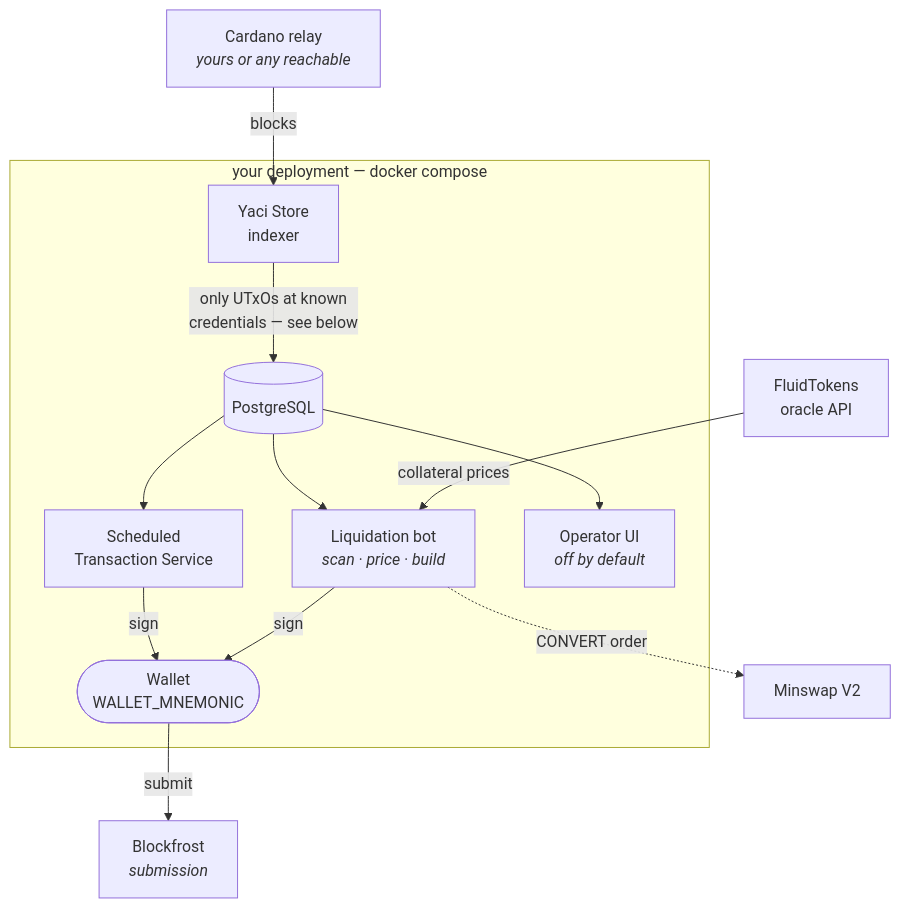
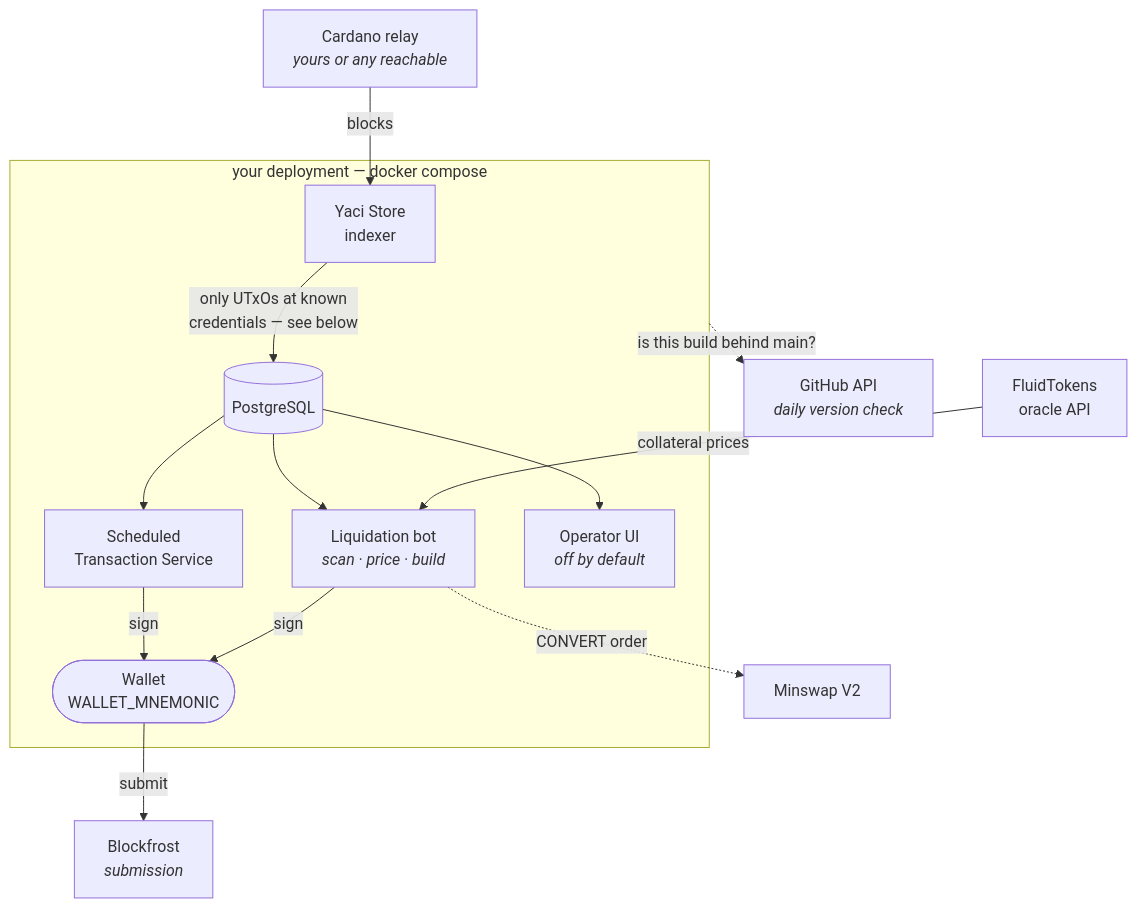
Before and after one commit to FluidTokens/ft-aquarium-node: the diagram in README.md, drawn with Mermaid. The commit also changed other lines of this file and 6 other files, not shown here.

First line of the commit message:
GH-55: the node logs, at startup and once a day, whether its build is behind main

````diff
--- a/README.md
+++ b/README.md
@@ -77,24 +79,26 @@
 ```mermaid
 flowchart TB
     relay["Cardano relay<br/><i>yours or any reachable</i>"]
     oracle["FluidTokens<br/>oracle API"]
     bf["Blockfrost<br/><i>submission</i>"]
     minswap["Minswap V2"]
+    gh["GitHub API<br/><i>daily version check</i>"]
 
     subgraph aq["your deployment — docker compose"]
         yaci["Yaci Store<br/>indexer"]
         db[("PostgreSQL")]
         sched["Scheduled<br/>Transaction Service"]
         liq["Liquidation bot<br/><i>scan · price · build</i>"]
         ui["Operator UI<br/><i>off by default</i>"]
         wallet(["Wallet<br/>WALLET_MNEMONIC"])
     end
 
     relay -- "blocks" --> yaci
     yaci -- "only UTxOs at known<br/>credentials — see below" --> db
     db --> sched & liq & ui
     oracle -- "collateral prices" --> liq
     sched & liq -- "sign" --> wallet
     wallet -- "submit" --> bf
     liq -. "CONVERT order" .-> minswap
+    aq -. "is this build behind main?" .-> gh
 ```
````
